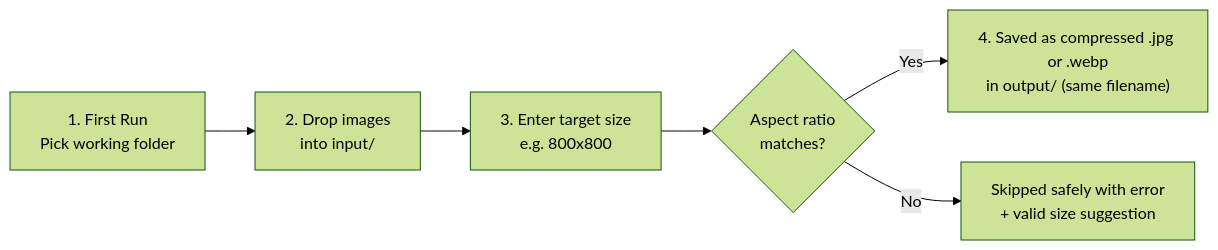
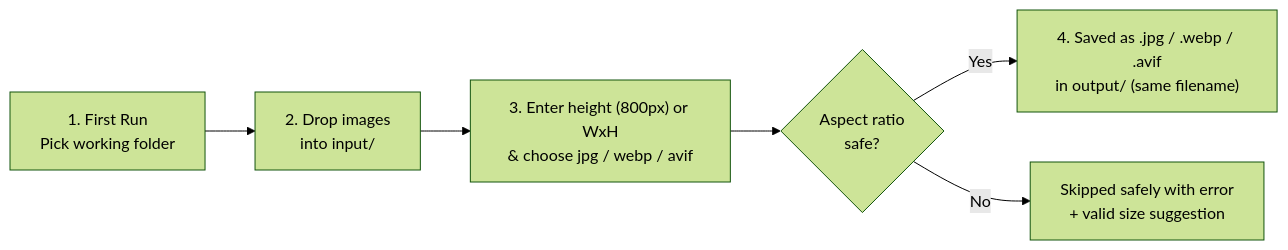
Before and after one commit to alirazawebservice-rgb/image-compress-automation: the diagram in README.md, drawn with Mermaid (forest theme). The commit also changed other lines of this file and 9 other files, not shown here.

Commit message:
docs: document v1.2.0 height sizing, jpg/webp/avif prompts, and restore gitkeep

````diff
--- a/README.md
+++ b/README.md
@@ -30,8 +32,8 @@
 ```mermaid
 flowchart LR
     A["1. First Run<br/>Pick working folder"] --> B["2. Drop images<br/>into input/"]
-    B --> C["3. Enter target size<br/>e.g. 800x800"]
-    C --> D{"Aspect ratio<br/>matches?"}
-    D -- Yes --> E["4. Saved as compressed .jpg or .webp<br/>in output/ (same filename)"]
+    B --> C["3. Enter height (800px) or WxH<br/>& choose jpg / webp / avif"]
+    C --> D{"Aspect ratio<br/>safe?"}
+    D -- Yes --> E["4. Saved as .jpg / .webp / .avif<br/>in output/ (same filename)"]
     D -- No --> F["Skipped safely with error<br/>+ valid size suggestion"]
 ```
````
